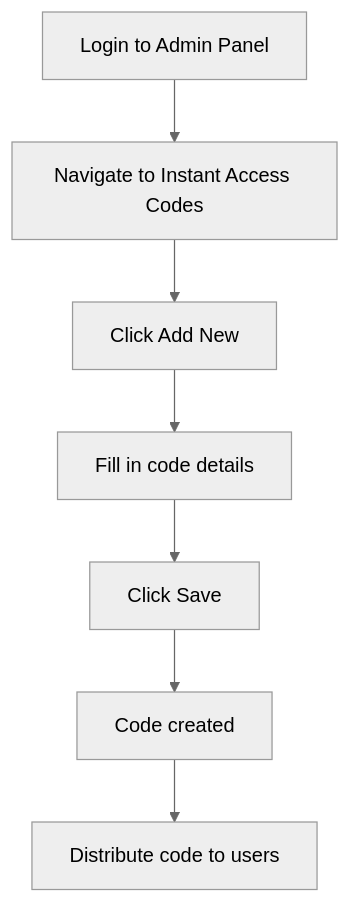
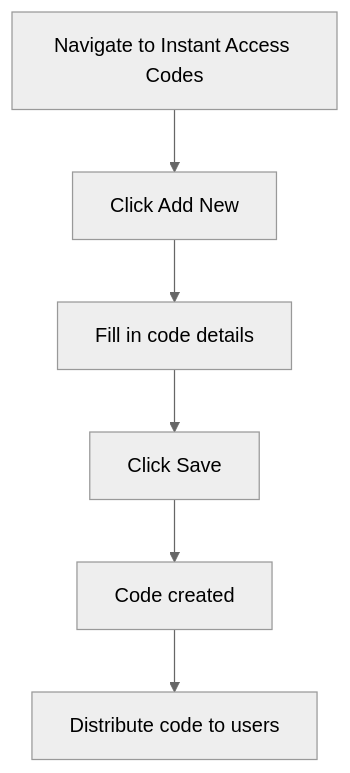
Before and after one commit to ColfaxResearch/cxpn-admin-readthedocs: the fifth of 7 diagrams in docs/source/workflow-examples.rst, drawn with Mermaid (neutral theme). The commit also changed other lines of this file, not shown here.

Commit message:
remove redundant login step from workflow diagrams

```diff
--- a/docs/source/workflow-examples.rst
+++ b/docs/source/workflow-examples.rst
@@ -97,9 +93,8 @@
 .. mermaid::
 
    graph TD
-       A[Login to Admin Panel] --> B[Navigate to Instant Access Codes]
-       B --> C[Click Add New]
-       C --> D[Fill in code details]
-       D --> E[Click Save]
-       E --> F[Code created]
-       F --> G[Distribute code to users]
+       A[Navigate to Instant Access Codes] --> B[Click Add New]
+       B --> C[Fill in code details]
+       C --> D[Click Save]
+       D --> E[Code created]
+       E --> F[Distribute code to users]
```
